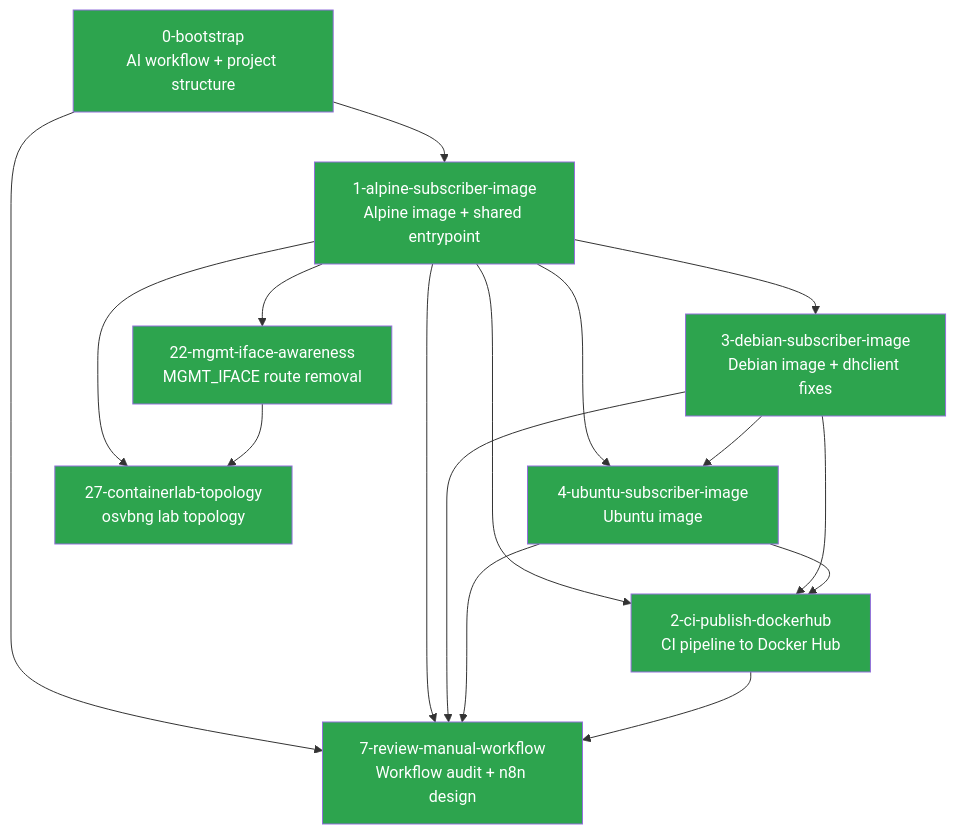
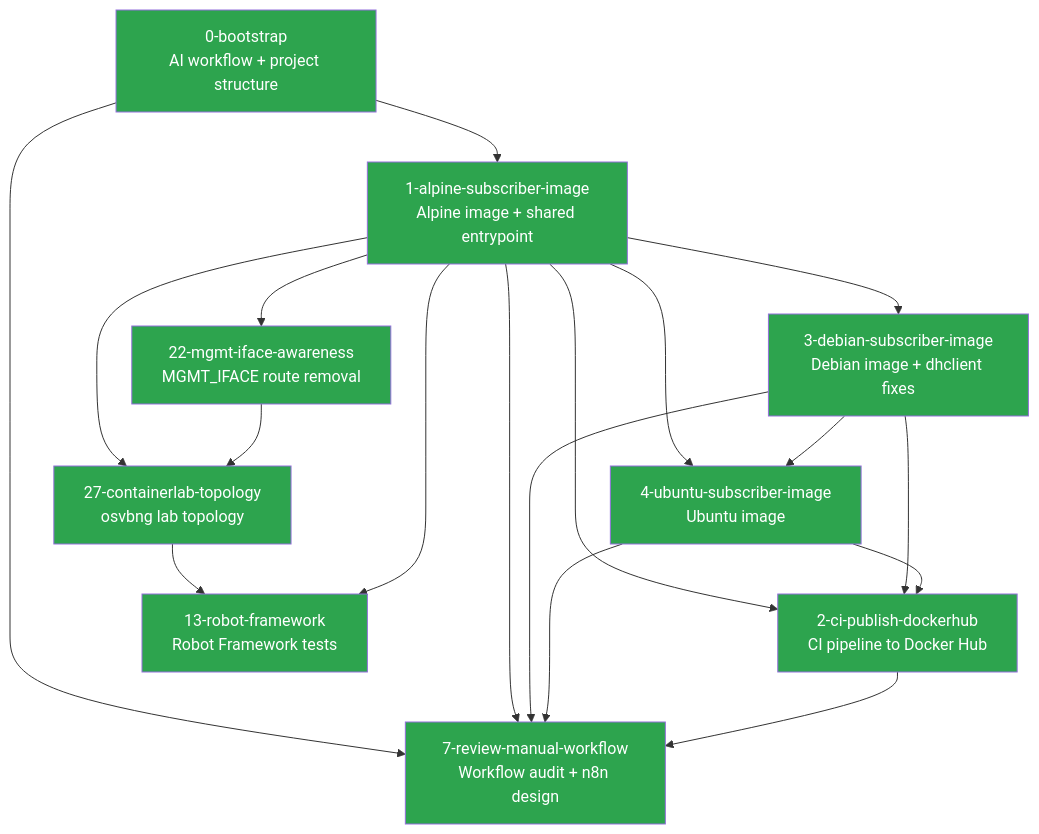
The diagram in context/SUMMARY.md (veesix-networks/bngtester), drawn with Mermaid before and after one commit. The commit also changed other lines of this file and 1 other file, not shown here.

````diff
--- a/context/SUMMARY.md
+++ b/context/SUMMARY.md
@@ -26,35 +27,38 @@
 ```mermaid
 graph TD
     B[0-bootstrap<br/>AI workflow + project structure]
     A[1-alpine-subscriber-image<br/>Alpine image + shared entrypoint]
     D[3-debian-subscriber-image<br/>Debian image + dhclient fixes]
     U[4-ubuntu-subscriber-image<br/>Ubuntu image]
     CI[2-ci-publish-dockerhub<br/>CI pipeline to Docker Hub]
 
     WF[7-review-manual-workflow<br/>Workflow audit + n8n design]
 
     B --> A
     A --> D
     A --> U
     D --> U
     A --> CI
     D --> CI
     U --> CI
     B --> WF
     A --> WF
     D --> WF
     U --> WF
     CI --> WF
     A --> MI[22-mgmt-iface-awareness<br/>MGMT_IFACE route removal]
     A --> CL[27-containerlab-topology<br/>osvbng lab topology]
     MI --> CL
+    CL --> RF[13-robot-framework<br/>Robot Framework tests]
+    A --> RF
 
     style B fill:#2da44e,color:#fff
     style A fill:#2da44e,color:#fff
     style D fill:#2da44e,color:#fff
     style U fill:#2da44e,color:#fff
     style CI fill:#2da44e,color:#fff
     style WF fill:#2da44e,color:#fff
     style MI fill:#2da44e,color:#fff
     style CL fill:#2da44e,color:#fff
+    style RF fill:#2da44e,color:#fff
 ```
````
